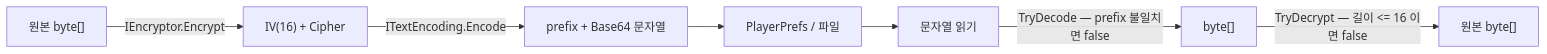
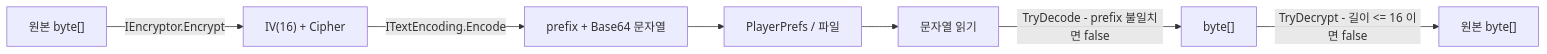
Before and after one commit to HoHong123/HCUP-Unity: the second of 2 diagrams in HData/Runtime/README.md, drawn with Mermaid. The commit also changed other lines of this file, not shown here.

````diff
--- a/HData/Runtime/README.md
+++ b/HData/Runtime/README.md
@@ -87,9 +87,9 @@
 ```mermaid
 flowchart LR
     P["원본 byte[]"] -->|"IEncryptor.Encrypt"| C["IV(16) + Cipher"]
     C -->|"ITextEncoding.Encode"| S["prefix + Base64 문자열"]
     S --> PP["PlayerPrefs / 파일"]
     PP --> S2["문자열 읽기"]
-    S2 -->|"TryDecode — prefix 불일치면 false"| C2["byte[]"]
-    C2 -->|"TryDecrypt — 길이 &lt;= 16 이면 false"| P2["원본 byte[]"]
+    S2 -->|"TryDecode - prefix 불일치면 false"| C2["byte[]"]
+    C2 -->|"TryDecrypt - 길이 &lt;= 16 이면 false"| P2["원본 byte[]"]
 ```
````
